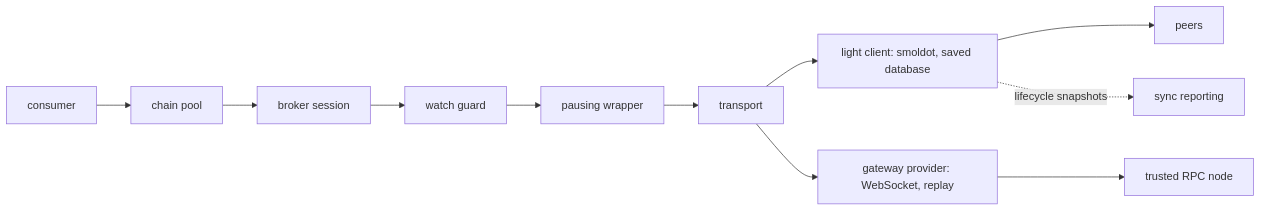
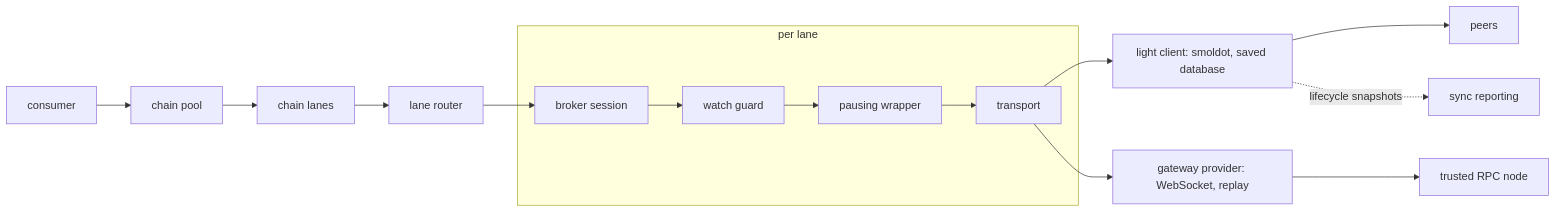
One commit to paritytech/dotli-community changed the diagram in packages/chains/README.md. Above: the diagram before and after it, drawn with Mermaid. The commit also changed other lines of this file and 54 other files, not shown here.

Commit message:
feat(chains): per-session follows spread over lanes under the node's follow limit (#449)

````diff
--- a/packages/chains/README.md
+++ b/packages/chains/README.md
@@ -18,7 +18,10 @@
 ```mermaid
 flowchart LR
-  consumer --> pool[chain pool] --> broker[broker session] --> guard[watch guard] --> pausing[pausing wrapper] --> transport
+  subgraph lane[per lane]
+    broker[broker session] --> guard[watch guard] --> pausing[pausing wrapper] --> transport
+  end
+  consumer --> pool[chain pool] --> lanes[chain lanes] --> router[lane router] --> broker
   transport --> lc["light client: smoldot, saved database"] --> peers
   transport --> gw["gateway provider: WebSocket, replay"] --> rpc[trusted RPC node]
   lc -. lifecycle snapshots .-> sync[sync reporting]
 ```
````
